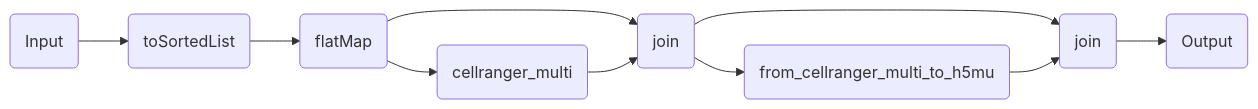
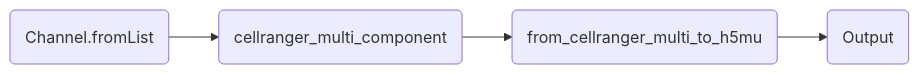
The diagram in components/workflows/ingestion/cellranger_multi.qmd (openpipelines-bio/website), drawn with Mermaid before and after one commit. The commit also changed other lines of this file and 143 other files, not shown here.

````diff
--- a/components/workflows/ingestion/cellranger_multi.qmd
+++ b/components/workflows/ingestion/cellranger_multi.qmd
@@ -157,22 +186,12 @@
 ```{mermaid}
 %%| column: screen-inset-shaded
 flowchart LR
-    v0(Input)
-    v2(toSortedList)
-    v4(flatMap)
-    v11(cellranger_multi)
-    v13(join)
-    v21(from_cellranger_multi_to_h5mu)
-    v23(join)
-    v30(Output)
-    v0-->v2
-    v2-->v4
-    v4-->v13
-    v4-->v11
-    v11-->v13
-    v13-->v23
-    v13-->v21
-    v21-->v23
-    v23-->v30
+    v0(Channel.fromList)
+    v17(cellranger_multi_component)
+    v37(from_cellranger_multi_to_h5mu)
+    v64(Output)
+    v0-->v17
+    v17-->v37
+    v37-->v64
 
 ```
````
